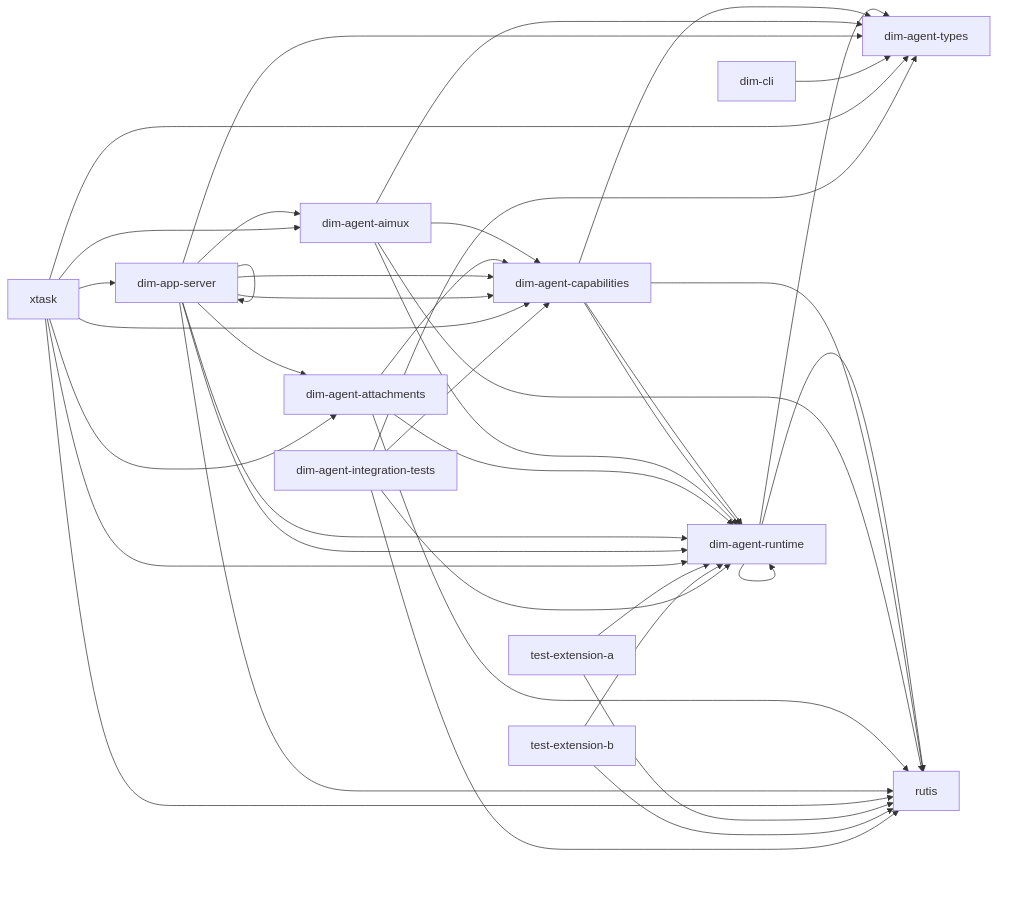
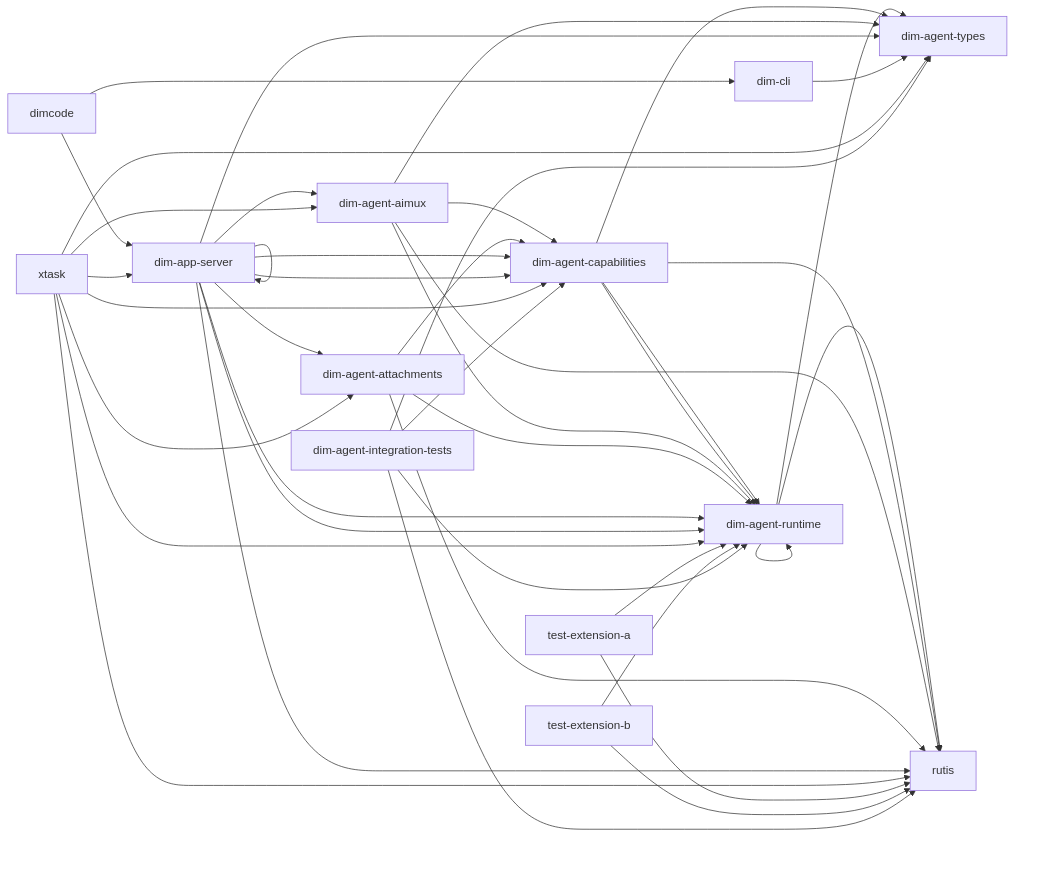
The diagram in docs/architecture/rust-agent/generated/crates.mmd (CoutinhoTTS/dim-agent), drawn with Mermaid before and after one commit. The commit also changed 26 other files, not shown here.

First line of the commit message:
feat: ship one dimcode executable that runs its own App Server

```diff
--- a/docs/architecture/rust-agent/generated/crates.mmd
+++ b/docs/architecture/rust-agent/generated/crates.mmd
@@ -1,41 +1,43 @@
 %% Generated from cargo metadata; do not edit.
 flowchart LR
   dim_agent_runtime["dim-agent-runtime"] --> dim_agent_types["dim-agent-types"]
   dim_agent_runtime["dim-agent-runtime"] --> rutis["rutis"]
   dim_agent_runtime["dim-agent-runtime"] --> dim_agent_runtime["dim-agent-runtime"]
   dim_agent_capabilities["dim-agent-capabilities"] --> dim_agent_runtime["dim-agent-runtime"]
   dim_agent_capabilities["dim-agent-capabilities"] --> dim_agent_types["dim-agent-types"]
   dim_agent_capabilities["dim-agent-capabilities"] --> rutis["rutis"]
   dim_agent_capabilities["dim-agent-capabilities"] --> dim_agent_runtime["dim-agent-runtime"]
   dim_agent_aimux["dim-agent-aimux"] --> dim_agent_capabilities["dim-agent-capabilities"]
   dim_agent_aimux["dim-agent-aimux"] --> dim_agent_runtime["dim-agent-runtime"]
   dim_agent_aimux["dim-agent-aimux"] --> dim_agent_types["dim-agent-types"]
   dim_agent_aimux["dim-agent-aimux"] --> rutis["rutis"]
   dim_agent_attachments["dim-agent-attachments"] --> dim_agent_capabilities["dim-agent-capabilities"]
   dim_agent_attachments["dim-agent-attachments"] --> dim_agent_runtime["dim-agent-runtime"]
   dim_agent_attachments["dim-agent-attachments"] --> rutis["rutis"]
   dim_app_server["dim-app-server"] --> dim_agent_aimux["dim-agent-aimux"]
   dim_app_server["dim-app-server"] --> dim_agent_attachments["dim-agent-attachments"]
   dim_app_server["dim-app-server"] --> dim_agent_capabilities["dim-agent-capabilities"]
   dim_app_server["dim-app-server"] --> dim_agent_runtime["dim-agent-runtime"]
   dim_app_server["dim-app-server"] --> dim_agent_types["dim-agent-types"]
   dim_app_server["dim-app-server"] --> rutis["rutis"]
   dim_app_server["dim-app-server"] --> dim_agent_capabilities["dim-agent-capabilities"]
   dim_app_server["dim-app-server"] --> dim_agent_runtime["dim-agent-runtime"]
   dim_app_server["dim-app-server"] --> dim_app_server["dim-app-server"]
   dim_cli["dim-cli"] --> dim_agent_types["dim-agent-types"]
+  dimcode["dimcode"] --> dim_app_server["dim-app-server"]
+  dimcode["dimcode"] --> dim_cli["dim-cli"]
   xtask["xtask"] --> dim_agent_aimux["dim-agent-aimux"]
   xtask["xtask"] --> dim_agent_attachments["dim-agent-attachments"]
   xtask["xtask"] --> dim_agent_capabilities["dim-agent-capabilities"]
   xtask["xtask"] --> dim_agent_runtime["dim-agent-runtime"]
   xtask["xtask"] --> dim_agent_types["dim-agent-types"]
   xtask["xtask"] --> dim_app_server["dim-app-server"]
   xtask["xtask"] --> rutis["rutis"]
   test_extension_a["test-extension-a"] --> dim_agent_runtime["dim-agent-runtime"]
   test_extension_a["test-extension-a"] --> rutis["rutis"]
   test_extension_b["test-extension-b"] --> dim_agent_runtime["dim-agent-runtime"]
   test_extension_b["test-extension-b"] --> rutis["rutis"]
   dim_agent_integration_tests["dim-agent-integration-tests"] --> dim_agent_capabilities["dim-agent-capabilities"]
   dim_agent_integration_tests["dim-agent-integration-tests"] --> dim_agent_runtime["dim-agent-runtime"]
   dim_agent_integration_tests["dim-agent-integration-tests"] --> dim_agent_types["dim-agent-types"]
   dim_agent_integration_tests["dim-agent-integration-tests"] --> rutis["rutis"]
```
